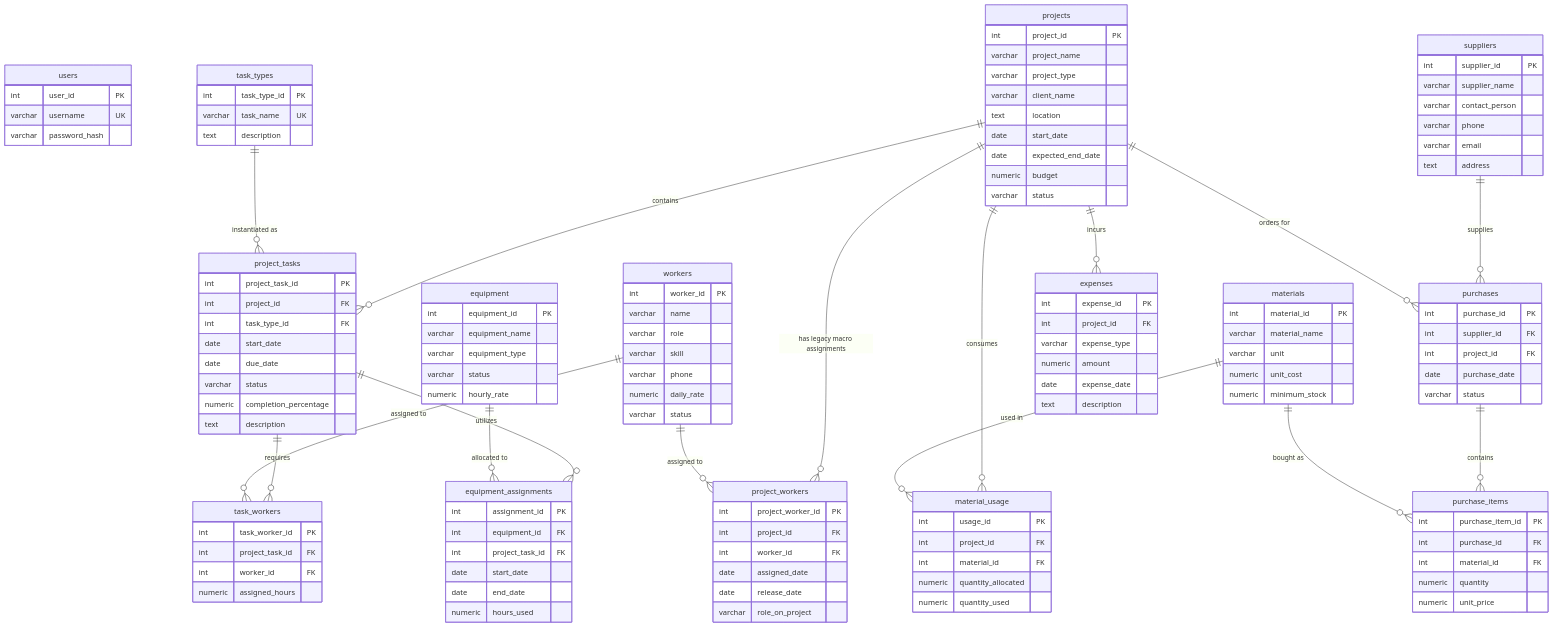
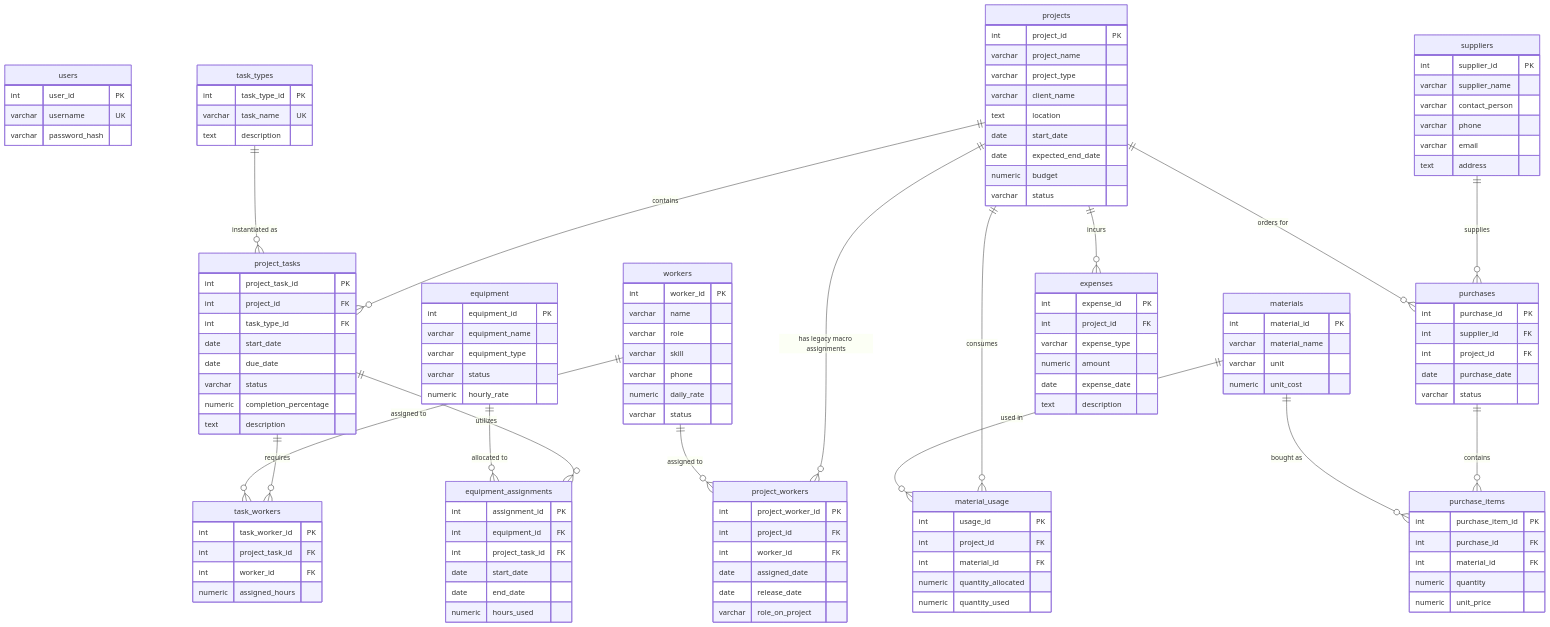
One commit to ishan-awas-13/buildcore-construction-manager changed the diagram in README.md. Above: the diagram before and after it, drawn with Mermaid. The commit also changed other lines of this file and 10 other files, not shown here.

```diff
--- a/README.md
+++ b/README.md
@@ -61,7 +61,6 @@
         varchar material_name
         varchar unit
         numeric unit_cost
-        numeric minimum_stock
     }
     suppliers {
         int supplier_id PK
```
